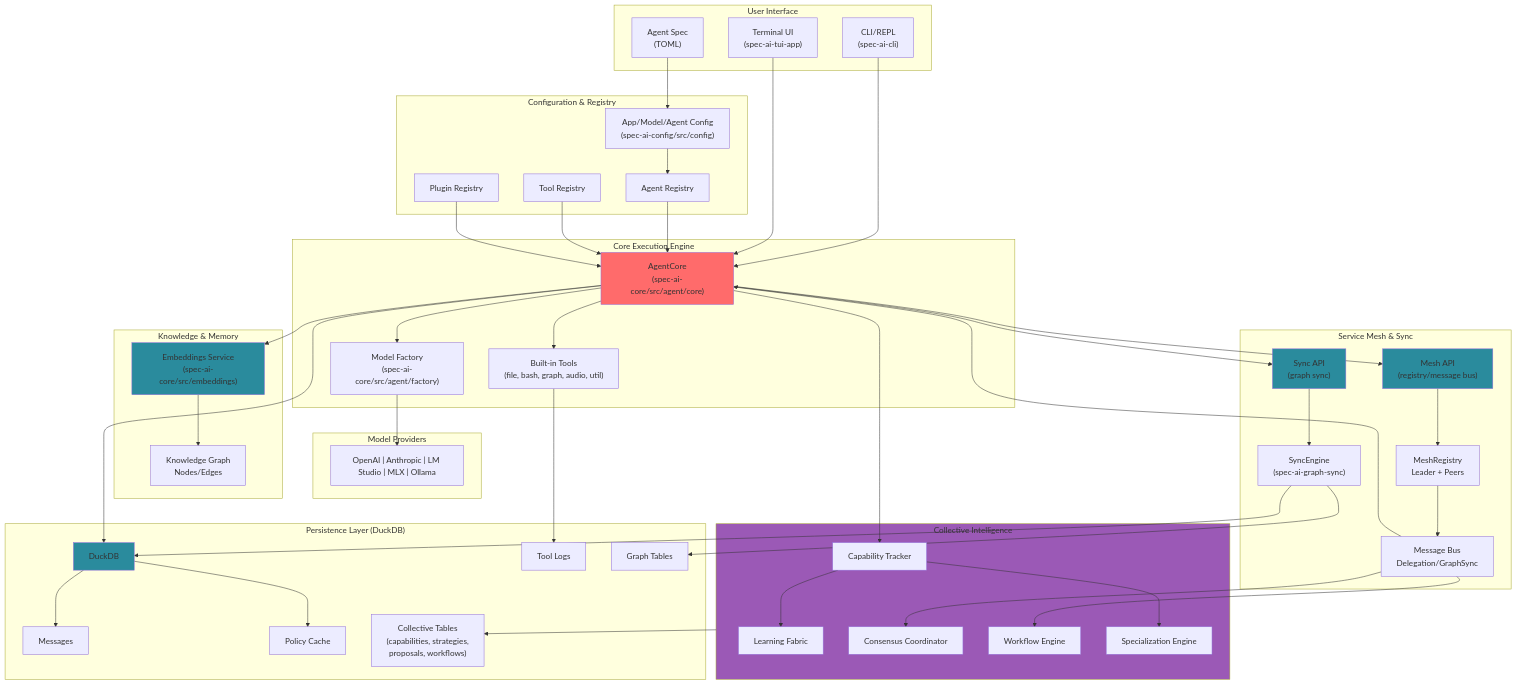
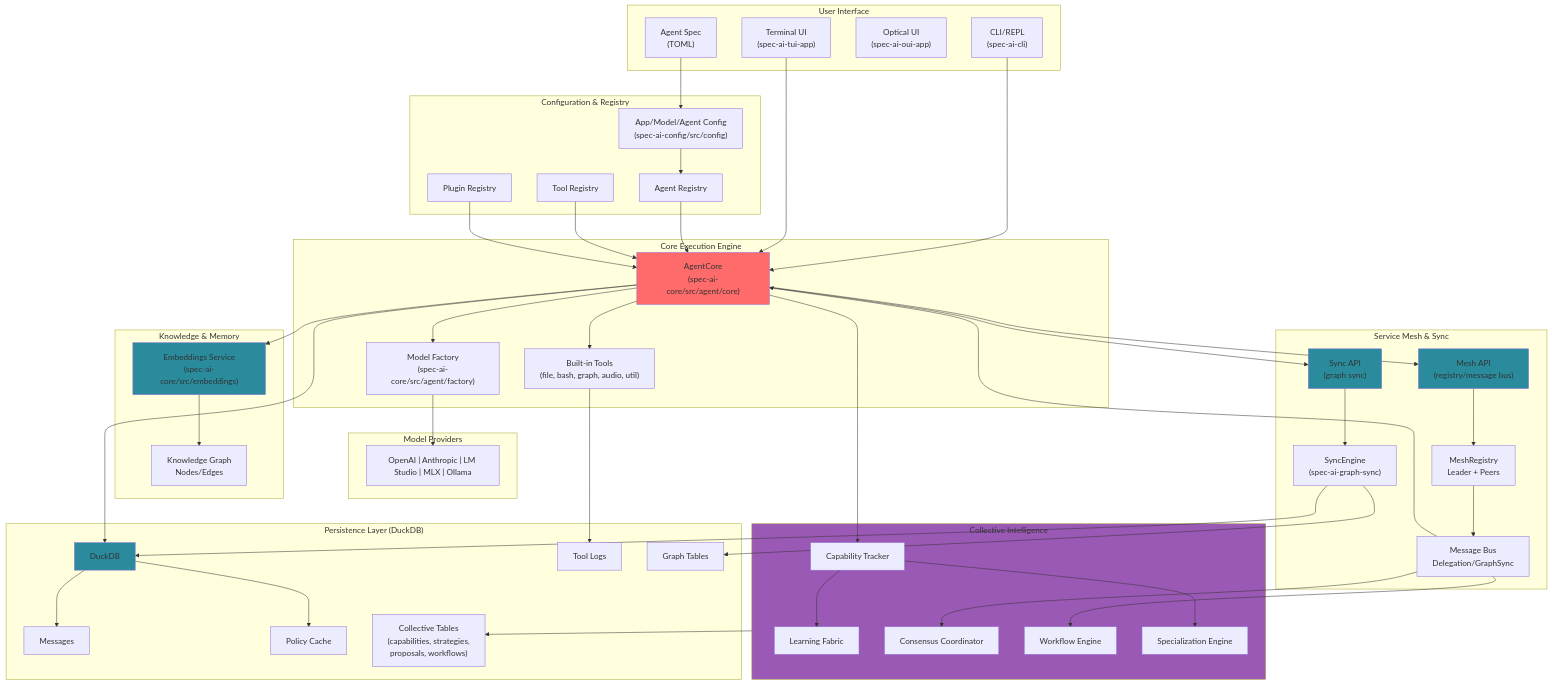
The diagram in docs/ARCHITECTURE.md (geoffsee/spec-ai), drawn with Mermaid before and after one commit. The commit also changed other lines of this file and 3 other files, not shown here.

```diff
--- a/docs/ARCHITECTURE.md
+++ b/docs/ARCHITECTURE.md
@@ -7,6 +7,7 @@
     subgraph UI["User Interface"]
         CLI["CLI/REPL<br/>(spec-ai-cli)"]
         TUI["Terminal UI<br/>(spec-ai-tui-app)"]
+        OUI["Optical UI<br/>(spec-ai-oui-app)"]
         Spec["Agent Spec<br/>(TOML)"]
     end
 
```
